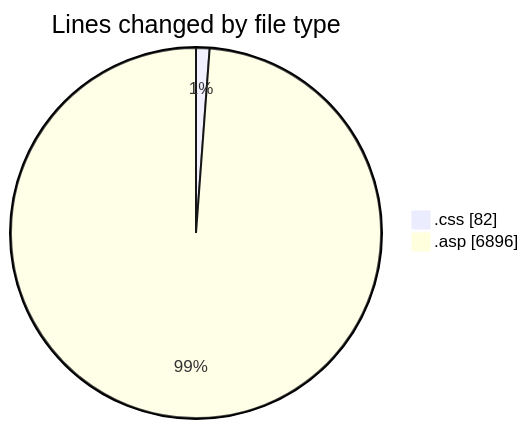
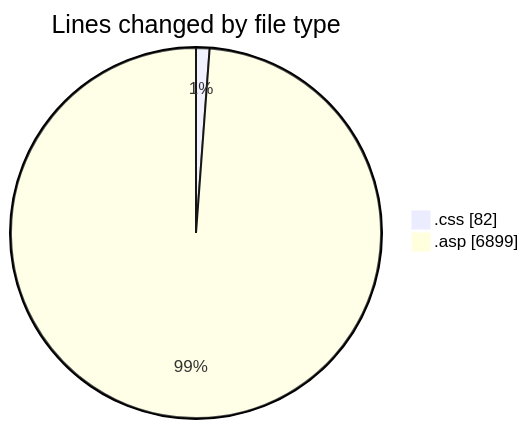
The first of 2 diagrams in 2025-11-16/cdp_aleoudev_fr__workspace_/README.md (julien-gomy/code-tracking), drawn with Mermaid before and after one commit. The commit also changed other lines of this file and 1 other file, not shown here.

````diff
--- a/2025-11-16/cdp_aleoudev_fr__workspace_/README.md
+++ b/2025-11-16/cdp_aleoudev_fr__workspace_/README.md
@@ -29,6 +29,6 @@
 ```mermaid
 pie showData
 title Lines changed by file type
 ".css" : 82
-".asp" : 6896
+".asp" : 6899
 ```
````
